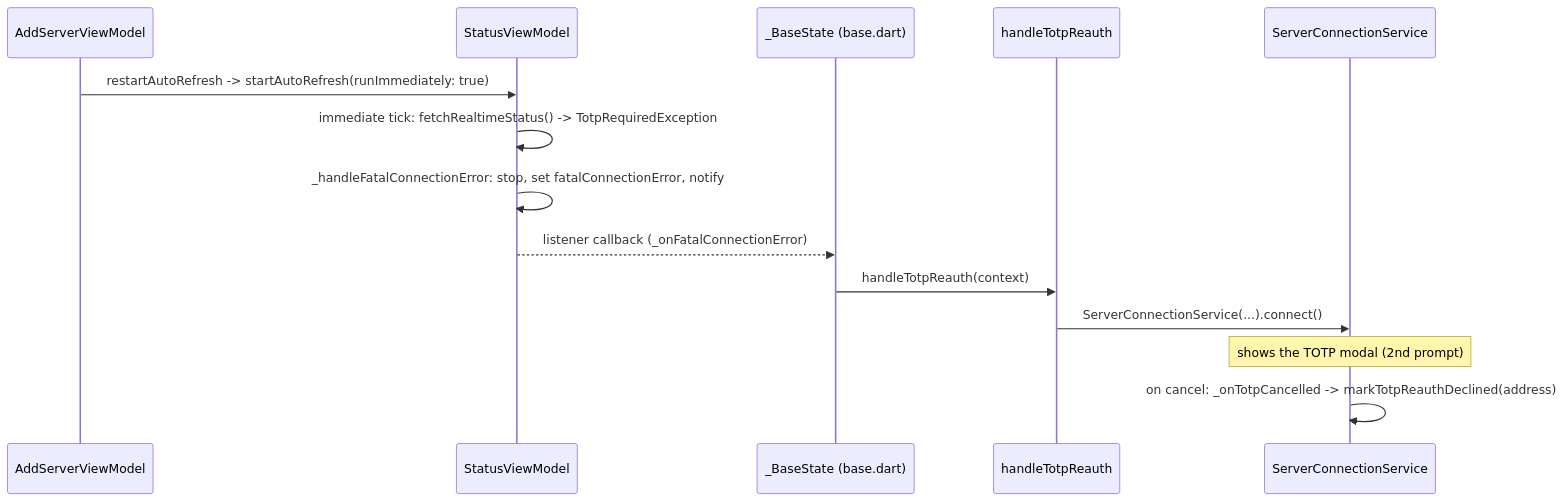
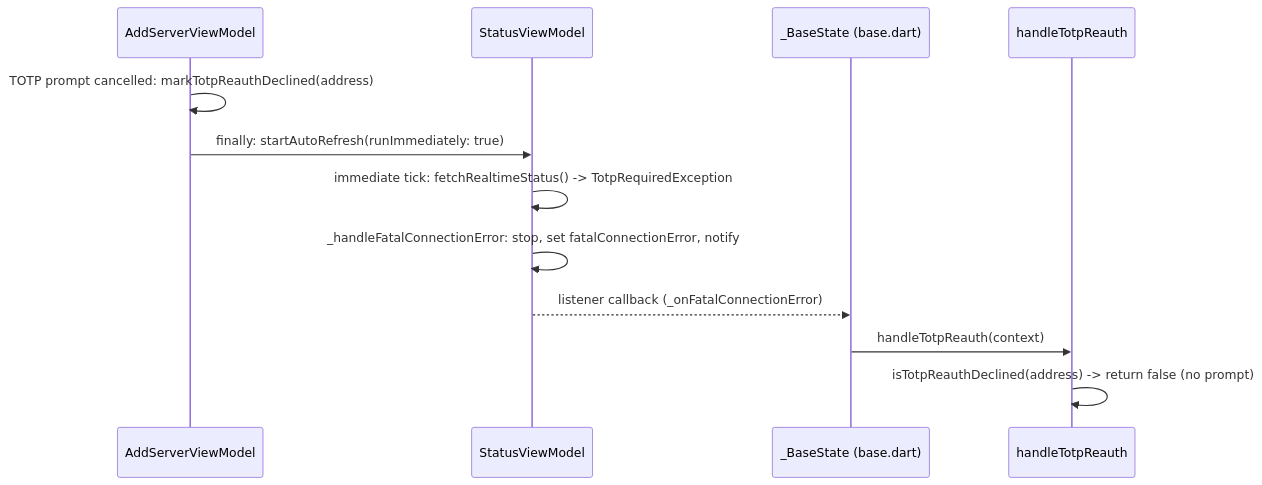
Before and after one commit to tsutsu3/pi-hole-client: the fourth of 8 diagrams in docs/server-connection-flow.md, drawn with Mermaid. The commit also changed other lines of this file and 23 other files, not shown here.

````diff
--- a/docs/server-connection-flow.md
+++ b/docs/server-connection-flow.md
@@ -115,17 +174,15 @@
 ```mermaid
 sequenceDiagram
   participant VM as AddServerViewModel
   participant ST as StatusViewModel
   participant Base as _BaseState (base.dart)
   participant H as handleTotpReauth
-  participant SCS as ServerConnectionService
 
-  VM->>ST: restartAutoRefresh -> startAutoRefresh(runImmediately: true)
+  VM->>VM: TOTP prompt cancelled: markTotpReauthDeclined(address)
+  VM->>ST: finally: startAutoRefresh(runImmediately: true)
   ST->>ST: immediate tick: fetchRealtimeStatus() -> TotpRequiredException
   ST->>ST: _handleFatalConnectionError: stop, set fatalConnectionError, notify
   ST-->>Base: listener callback (_onFatalConnectionError)
   Base->>H: handleTotpReauth(context)
-  H->>SCS: ServerConnectionService(...).connect()
-  Note over SCS: shows the TOTP modal (2nd prompt)
-  SCS->>SCS: on cancel: _onTotpCancelled -> markTotpReauthDeclined(address)
+  H->>H: isTotpReauthDeclined(address) -> return false (no prompt)
 ```
````
